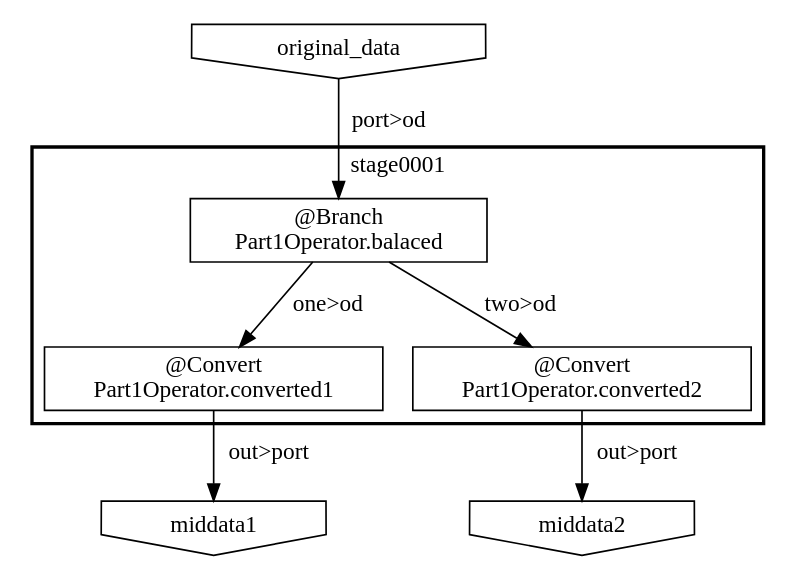
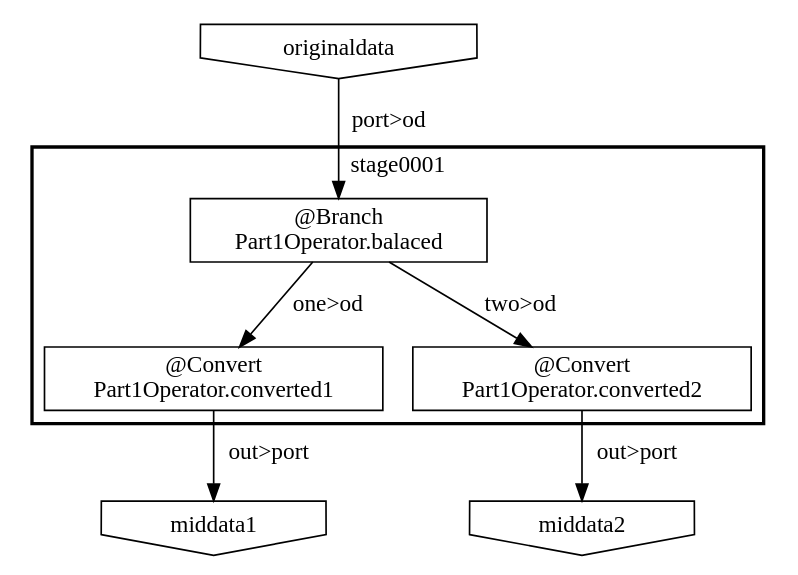
The diagram in target/testdriver/batchcwork/bin/META-INF/visualize/stageblock-1.dot (ironpeace/AsakusaFlowPartSample), drawn with Graphviz before and after one commit. The commit also changed 19 other files, not shown here.

```diff
--- a/target/testdriver/batchcwork/bin/META-INF/visualize/stageblock-1.dot
+++ b/target/testdriver/batchcwork/bin/META-INF/visualize/stageblock-1.dot
@@ -1,17 +1,17 @@
 digraph {
-    subgraph "cluster_5b2ef6df-3943-47f7-ab6e-3d1b49373aa9" {
+    subgraph "cluster_90f390f2-b47f-47df-9e44-1854e6c3f94e" {
         label = "stage0001";
         style = bold;
-        "a7244405-5301-4e1a-9c81-adfd50cb1156" [shape=box, label="@Convert\nPart1Operator.converted1"];
-        "698356d6-e541-41d9-ba52-87e41630820d" [shape=box, label="@Branch\nPart1Operator.balaced"];
-        "b9c021be-ed21-4010-aa08-77ec624562ef" [shape=box, label="@Convert\nPart1Operator.converted2"];
+        "4bf64a48-568e-4680-b708-1e03510db12c" [shape=box, label="@Convert\nPart1Operator.converted1"];
+        "34197ea9-c8b2-4fa9-873f-1f7840aaa900" [shape=box, label="@Branch\nPart1Operator.balaced"];
+        "d8a7b2dc-cef8-4d64-a98a-e7c111c1fa4e" [shape=box, label="@Convert\nPart1Operator.converted2"];
     }
-    "c79b130c-ed1b-45fe-ba12-896e194690e4" [shape=invhouse, label="original_data"];
-    "6db6defe-bf50-45b4-97d8-4e39af72bb7a" [shape=invhouse, label="middata1"];
-    "3b7bac58-7b45-46a2-823a-b04539ba1d96" [shape=invhouse, label="middata2"];
-    "c79b130c-ed1b-45fe-ba12-896e194690e4" -> "698356d6-e541-41d9-ba52-87e41630820d" [label="port>od"];
-    "b9c021be-ed21-4010-aa08-77ec624562ef" -> "3b7bac58-7b45-46a2-823a-b04539ba1d96" [label="out>port"];
-    "a7244405-5301-4e1a-9c81-adfd50cb1156" -> "6db6defe-bf50-45b4-97d8-4e39af72bb7a" [label="out>port"];
-    "698356d6-e541-41d9-ba52-87e41630820d" -> "a7244405-5301-4e1a-9c81-adfd50cb1156" [label="one>od"];
-    "698356d6-e541-41d9-ba52-87e41630820d" -> "b9c021be-ed21-4010-aa08-77ec624562ef" [label="two>od"];
+    "33eade4b-329e-4504-a441-ceb77046bf20" [shape=invhouse, label="originaldata"];
+    "f4091172-885d-48f3-849f-d894354a9ff1" [shape=invhouse, label="middata1"];
+    "87ab6a0e-9327-4fca-9f2a-22e794c86e9c" [shape=invhouse, label="middata2"];
+    "33eade4b-329e-4504-a441-ceb77046bf20" -> "34197ea9-c8b2-4fa9-873f-1f7840aaa900" [label="port>od"];
+    "d8a7b2dc-cef8-4d64-a98a-e7c111c1fa4e" -> "87ab6a0e-9327-4fca-9f2a-22e794c86e9c" [label="out>port"];
+    "4bf64a48-568e-4680-b708-1e03510db12c" -> "f4091172-885d-48f3-849f-d894354a9ff1" [label="out>port"];
+    "34197ea9-c8b2-4fa9-873f-1f7840aaa900" -> "4bf64a48-568e-4680-b708-1e03510db12c" [label="one>od"];
+    "34197ea9-c8b2-4fa9-873f-1f7840aaa900" -> "d8a7b2dc-cef8-4d64-a98a-e7c111c1fa4e" [label="two>od"];
 }
```
